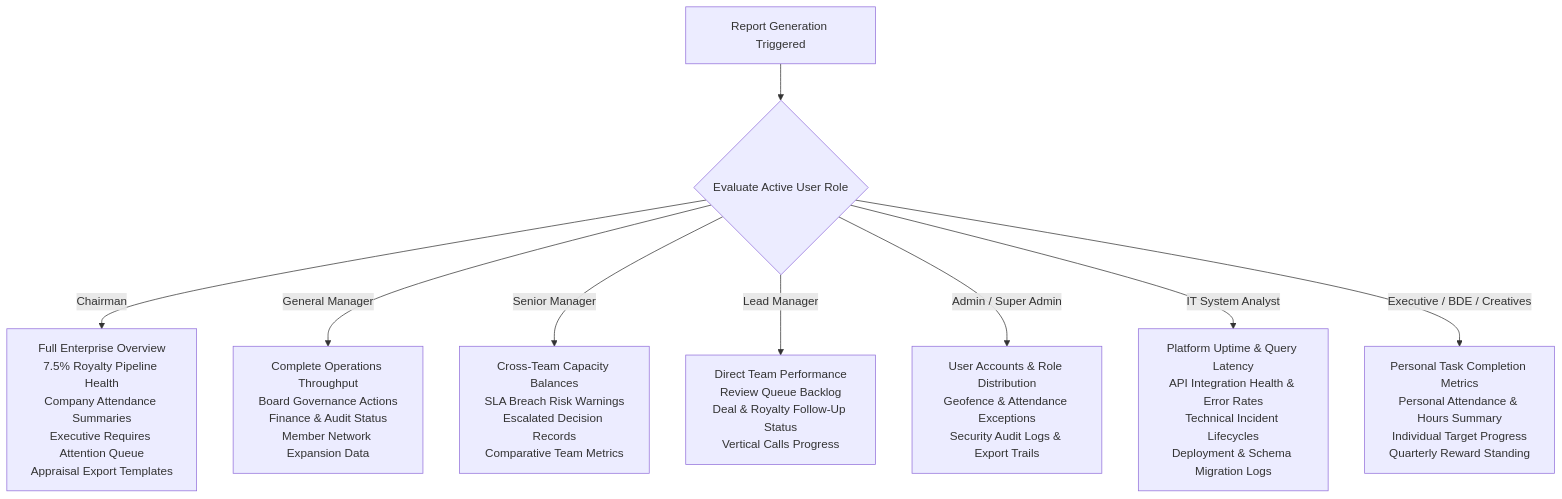
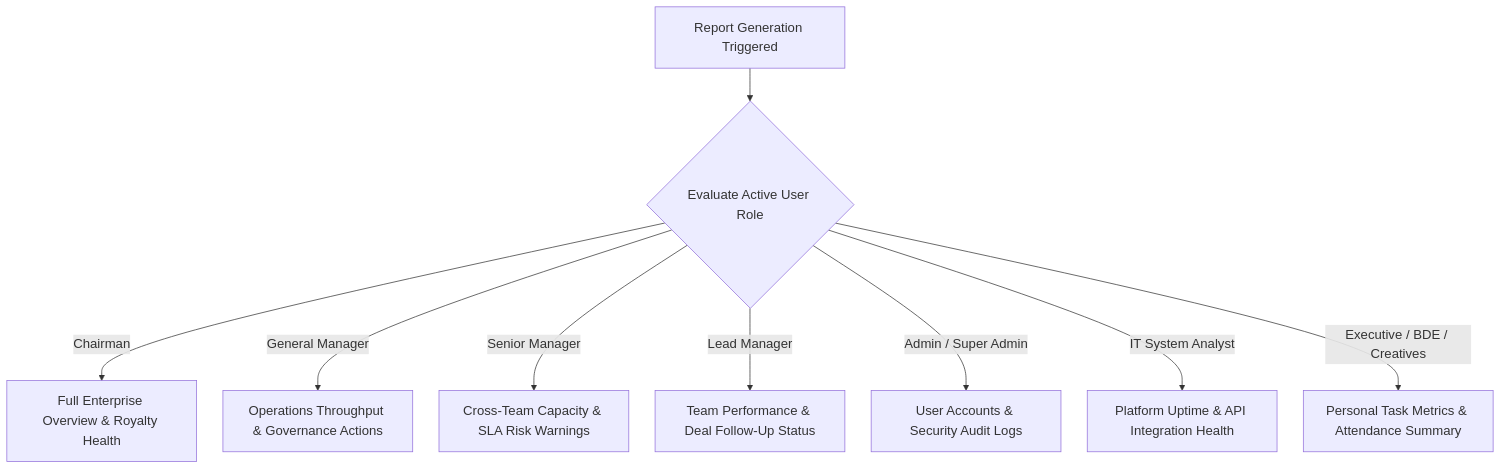
Before and after one commit to manikanta-ciril/internal-operations-tracking-system: the ninth of 10 diagrams in iots-app/documentation/ai-data/codex-design/detailed_documentation_gem.md, drawn with Mermaid. The commit also changed other lines of this file and 1 other file, not shown here.

````diff
--- a/iots-app/documentation/ai-data/codex-design/detailed_documentation_gem.md
+++ b/iots-app/documentation/ai-data/codex-design/detailed_documentation_gem.md
@@ -615,18 +642,13 @@
 ```mermaid
+%%{init: {"themeVariables": {"fontSize": "18px"}, "flowchart": {"nodeSpacing": 36, "rankSpacing": 45}}}%%
 flowchart TD
-    ReportReq[Report Generation Triggered] --> FilterScope{Evaluate Active User Role}
+    ReportReq["Report Generation Triggered"] --> FilterScope{"Evaluate Active User Role"}
     
-    FilterScope -- Chairman --> OutChairman[Full Enterprise Overview<br/>7.5% Royalty Pipeline Health<br/>Company Attendance Summaries<br/>Executive Requires Attention Queue<br/>Appraisal Export Templates]
-    
-    FilterScope -- General Manager --> OutGM[Complete Operations Throughput<br/>Board Governance Actions<br/>Finance & Audit Status<br/>Member Network Expansion Data]
-    
-    FilterScope -- Senior Manager --> OutSM[Cross-Team Capacity Balances<br/>SLA Breach Risk Warnings<br/>Escalated Decision Records<br/>Comparative Team Metrics]
-    
-    FilterScope -- Lead Manager --> OutLM[Direct Team Performance<br/>Review Queue Backlog<br/>Deal & Royalty Follow-Up Status<br/>Vertical Calls Progress]
-    
-    FilterScope -- Admin / Super Admin --> OutAdmin[User Accounts & Role Distribution<br/>Geofence & Attendance Exceptions<br/>Security Audit Logs & Export Trails]
-    
-    FilterScope -- IT System Analyst --> OutIT[Platform Uptime & Query Latency<br/>API Integration Health & Error Rates<br/>Technical Incident Lifecycles<br/>Deployment & Schema Migration Logs]
-    
-    FilterScope -- Executive / BDE / Creatives --> OutStaff[Personal Task Completion Metrics<br/>Personal Attendance & Hours Summary<br/>Individual Target Progress<br/>Quarterly Reward Standing]
+    FilterScope -- "Chairman" --> OutChairman["Full Enterprise Overview & Royalty Health"]
+    FilterScope -- "General Manager" --> OutGM["Operations Throughput & Governance Actions"]
+    FilterScope -- "Senior Manager" --> OutSM["Cross-Team Capacity & SLA Risk Warnings"]
+    FilterScope -- "Lead Manager" --> OutLM["Team Performance & Deal Follow-Up Status"]
+    FilterScope -- "Admin / Super Admin" --> OutAdmin["User Accounts & Security Audit Logs"]
+    FilterScope -- "IT System Analyst" --> OutIT["Platform Uptime & API Integration Health"]
+    FilterScope -- "Executive / BDE / Creatives" --> OutStaff["Personal Task Metrics & Attendance Summary"]
 ```
````
